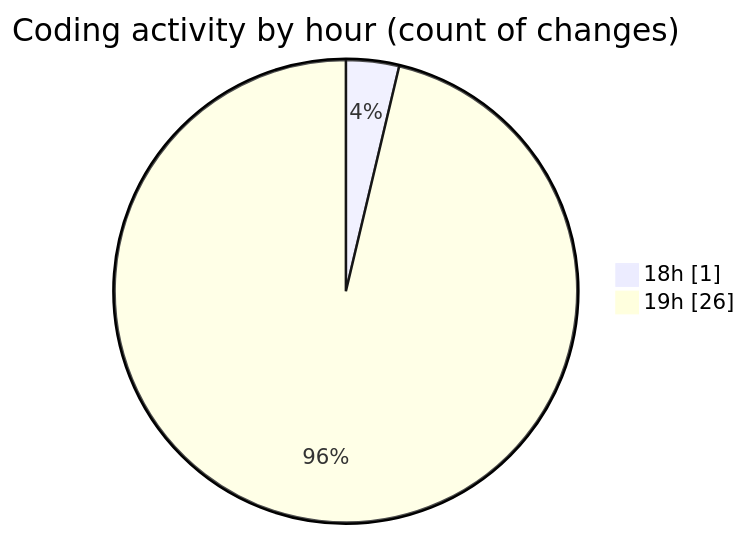
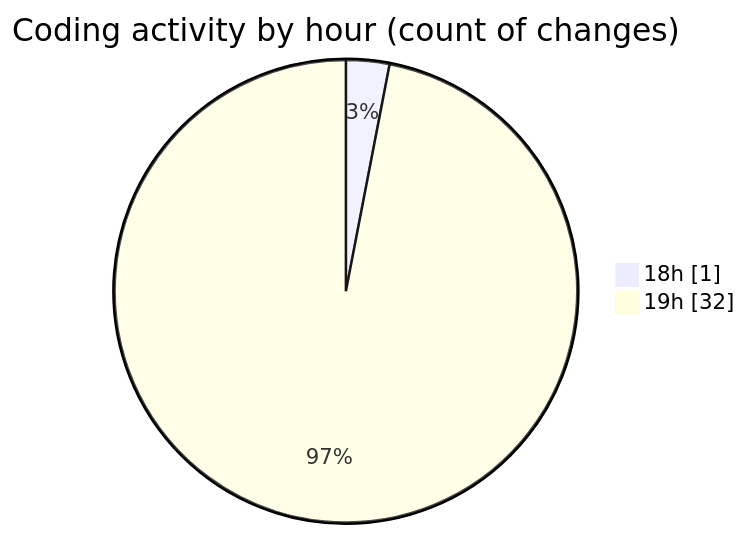
One commit to Netris89/code-tracking changed the second of 2 diagrams in 2025-03-30/front-end/README.md. Above: the diagram before and after it, drawn with Mermaid. The commit also changed other lines of this file and 1 other file, not shown here.

````diff
--- a/2025-03-30/front-end/README.md
+++ b/2025-03-30/front-end/README.md
@@ -34,6 +34,6 @@
 ```mermaid
 pie showData
 title Coding activity by hour (count of changes)
 "18h" : 1
-"19h" : 26
+"19h" : 32
 ```
````
